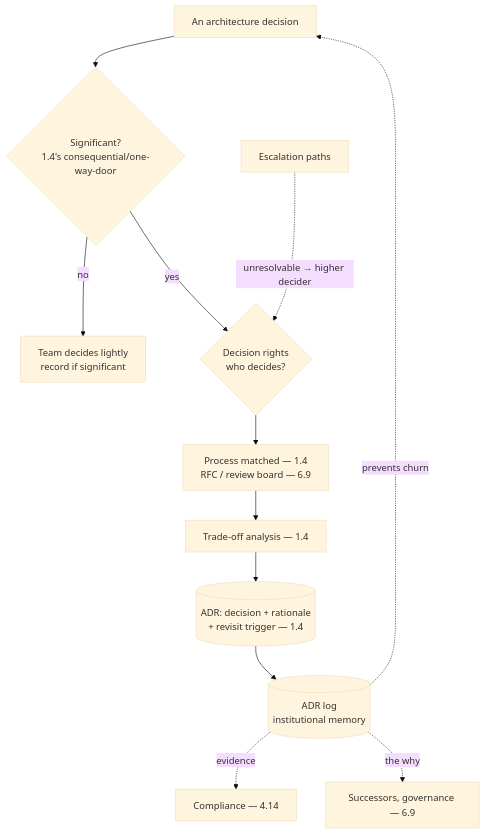
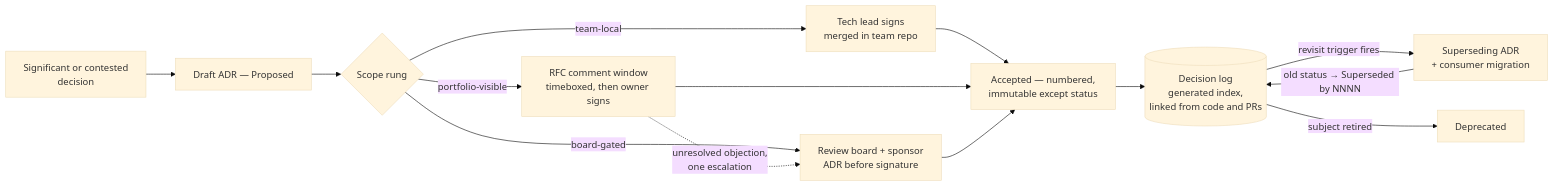
One commit to sivakrushna-works/GSAC changed the diagram in curriculum/part-6-enterprise-architecture/chapter-03-adrs-decision-governance.md. Above: the diagram before and after it, drawn with Mermaid (base theme). The commit also changed other lines of this file and 10 other files, not shown here.

````diff
--- a/curriculum/part-6-enterprise-architecture/chapter-03-adrs-decision-governance.md
+++ b/curriculum/part-6-enterprise-architecture/chapter-03-adrs-decision-governance.md
@@ -67,14 +89,16 @@
 ```mermaid
-flowchart TD
-    DECISION[An architecture decision] --> SIG{Significant?<br/>1.4's consequential/one-way-door}
-    SIG -->|no| TEAM[Team decides lightly<br/>record if significant]
-    SIG -->|yes| RIGHTS{Decision rights<br/>who decides?}
-    RIGHTS --> PROCESS[Process matched — 1.4<br/>RFC / review board — 6.9]
-    PROCESS --> TRADEOFF[Trade-off analysis — 1.4]
-    TRADEOFF --> ADR[(ADR: decision + rationale<br/>+ revisit trigger — 1.4)]
-    ADR --> LOG[(ADR log<br/>institutional memory)]
-    LOG -.prevents churn.-> DECISION
-    ESCALATE[Escalation paths] -.unresolvable → higher decider.-> RIGHTS
-    LOG -.evidence.-> AUDIT[Compliance — 4.14]
-    LOG -.the why.-> SUCCESSORS[Successors, governance — 6.9]
+flowchart LR
+    D[Significant or contested<br/>decision] --> P[Draft ADR — Proposed]
+    P --> R{Scope rung}
+    R -->|team-local| TL[Tech lead signs<br/>merged in team repo]
+    R -->|portfolio-visible| RFC[RFC comment window<br/>timeboxed, then owner signs]
+    R -->|board-gated| BG[Review board + sponsor<br/>ADR before signature]
+    TL --> A[Accepted — numbered,<br/>immutable except status]
+    RFC --> A
+    BG --> A
+    A --> LOG[(Decision log<br/>generated index,<br/>linked from code and PRs)]
+    LOG -->|revisit trigger fires| S[Superseding ADR<br/>+ consumer migration]
+    S -->|old status → Superseded by NNNN| LOG
+    LOG -->|subject retired| DEP[Deprecated]
+    RFC -.unresolved objection,<br/>one escalation.-> BG
 ```
````
